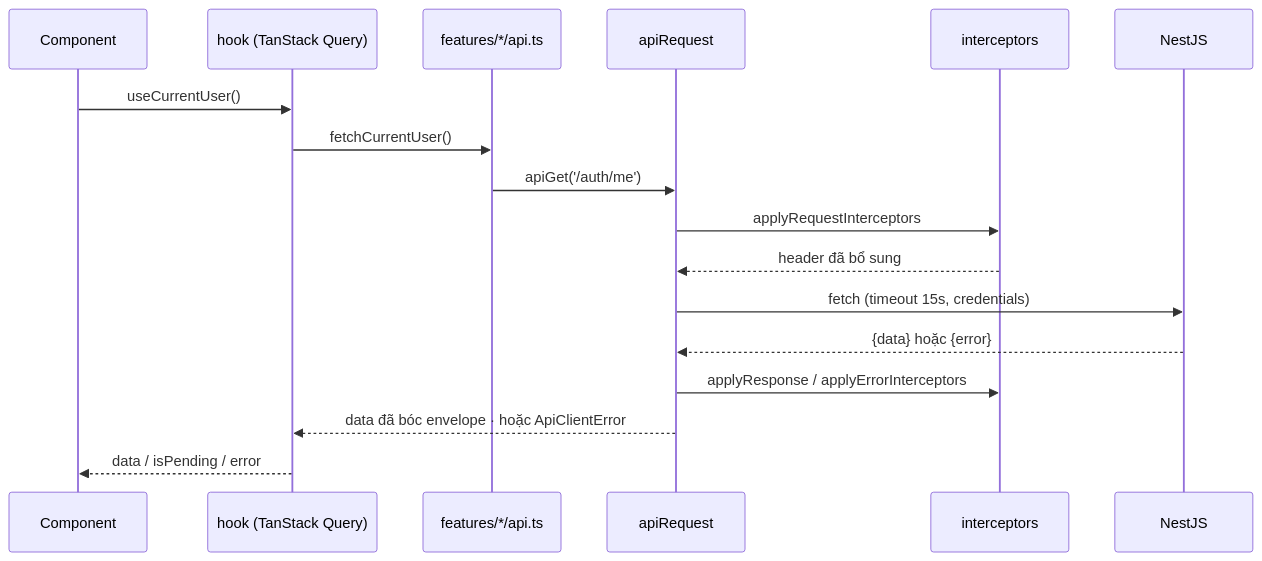
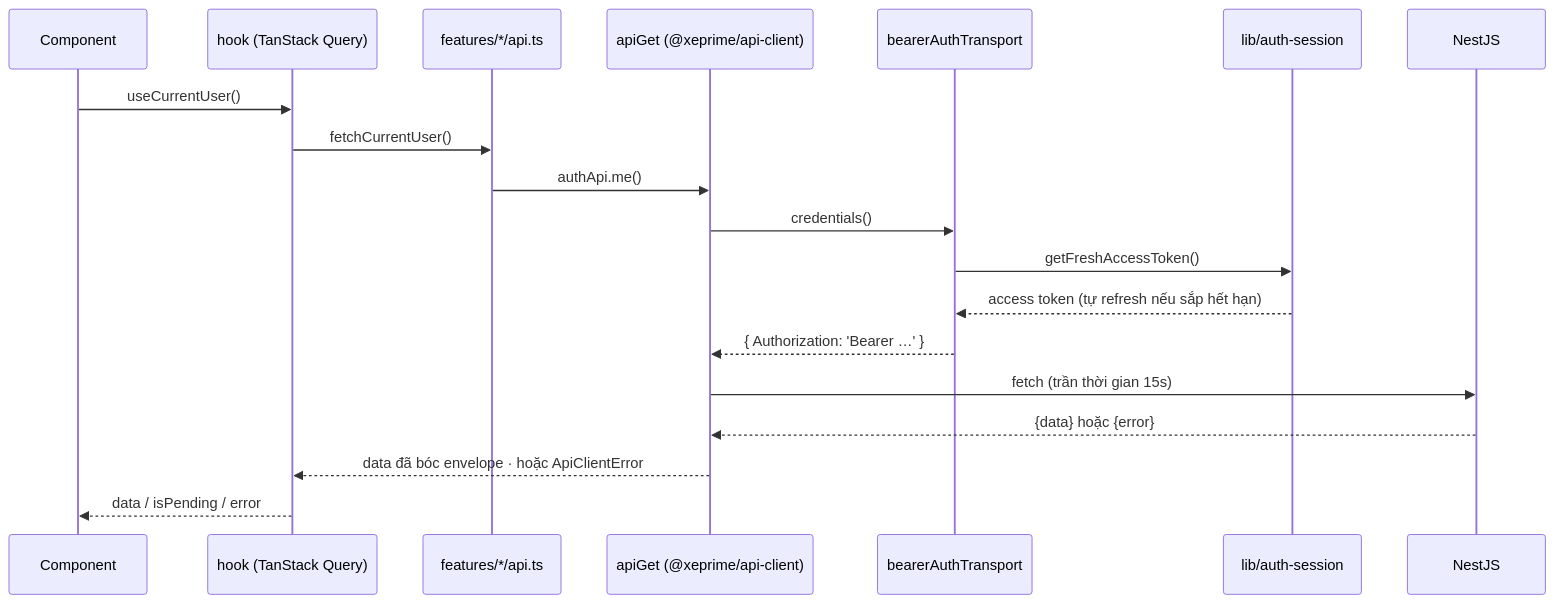
One commit to daihanhbvt/xeprime changed the third of 4 diagrams in apps/mobile/README.md. Above: the diagram before and after it, drawn with Mermaid. The commit also changed other lines of this file and 27 other files, not shown here.

Commit message:
feat(mobile): call api with bearer via shared client

````diff
--- a/apps/mobile/README.md
+++ b/apps/mobile/README.md
@@ -150,20 +160,22 @@
 ```mermaid
 sequenceDiagram
   participant C as Component
   participant H as hook (TanStack Query)
   participant A as features/*/api.ts
-  participant X as apiRequest
-  participant I as interceptors
+  participant X as apiGet (@xeprime/api-client)
+  participant T as bearerAuthTransport
+  participant V as lib/auth-session
   participant S as NestJS
 
   C->>H: useCurrentUser()
   H->>A: fetchCurrentUser()
-  A->>X: apiGet('/auth/me')
-  X->>I: applyRequestInterceptors
-  I-->>X: header đã bổ sung
-  X->>S: fetch (timeout 15s, credentials)
+  A->>X: authApi.me()
+  X->>T: credentials()
+  T->>V: getFreshAccessToken()
+  V-->>T: access token (tự refresh nếu sắp hết hạn)
+  T-->>X: { Authorization: 'Bearer …' }
+  X->>S: fetch (trần thời gian 15s)
   S-->>X: {data} hoặc {error}
-  X->>I: applyResponse / applyErrorInterceptors
   X-->>H: data đã bóc envelope · hoặc ApiClientError
   H-->>C: data / isPending / error
 ```
````
